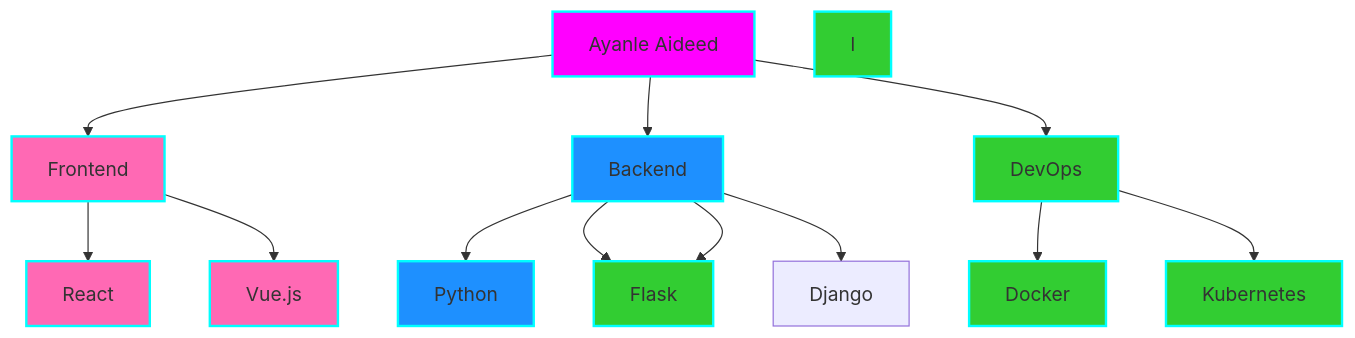
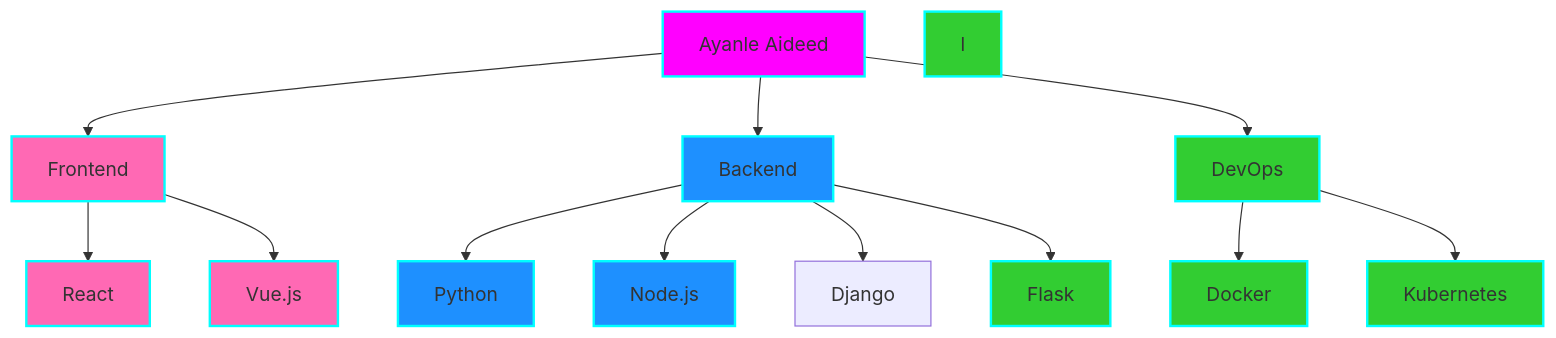
One commit to Ayanleaideed/Ayanleaideed changed the diagram in README.md. Above: the diagram before and after it, drawn with Mermaid.

````diff
--- a/README.md
+++ b/README.md
@@ -98,26 +98,26 @@
 ```mermaid
 graph TD
     A[Ayanle Aideed] --> B[Frontend]
     A --> C[Backend]
     A --> D[DevOps]
     B --> E[React]
     B --> F[Vue.js]
     C --> G[Python]
     C --> H[Node.js]
     D --> I[Docker]
     D --> J[Kubernetes]
     C --> L[Django]
-    C --> H[Flask]
+    C --> M[Flask]
     style A fill:#FF00FF,stroke:#00FFFF,stroke-width:2px
     style B fill:#FF69B4,stroke:#00FFFF,stroke-width:2px
     style C fill:#1E90FF,stroke:#00FFFF,stroke-width:2px
     style D fill:#32CD32,stroke:#00FFFF,stroke-width:2px
     style E fill:#FF69B4,stroke:#00FFFF,stroke-width:2px
     style F fill:#FF69B4,stroke:#00FFFF,stroke-width:2px
     style G fill:#1E90FF,stroke:#00FFFF,stroke-width:2px
     style H fill:#1E90FF,stroke:#00FFFF,stroke-width:2px
     style I fill:#32CD32,stroke:#00FFFF,stroke-width:2px
     style J fill:#32CD32,stroke:#00FFFF,stroke-width:2px
     style l fill:#32CD32,stroke:#00FFFF,stroke-width:2px
-    style H fill:#32CD32,stroke:#00FFFF,stroke-width:2px
+    style M fill:#32CD32,stroke:#00FFFF,stroke-width:2px
 ```
````
